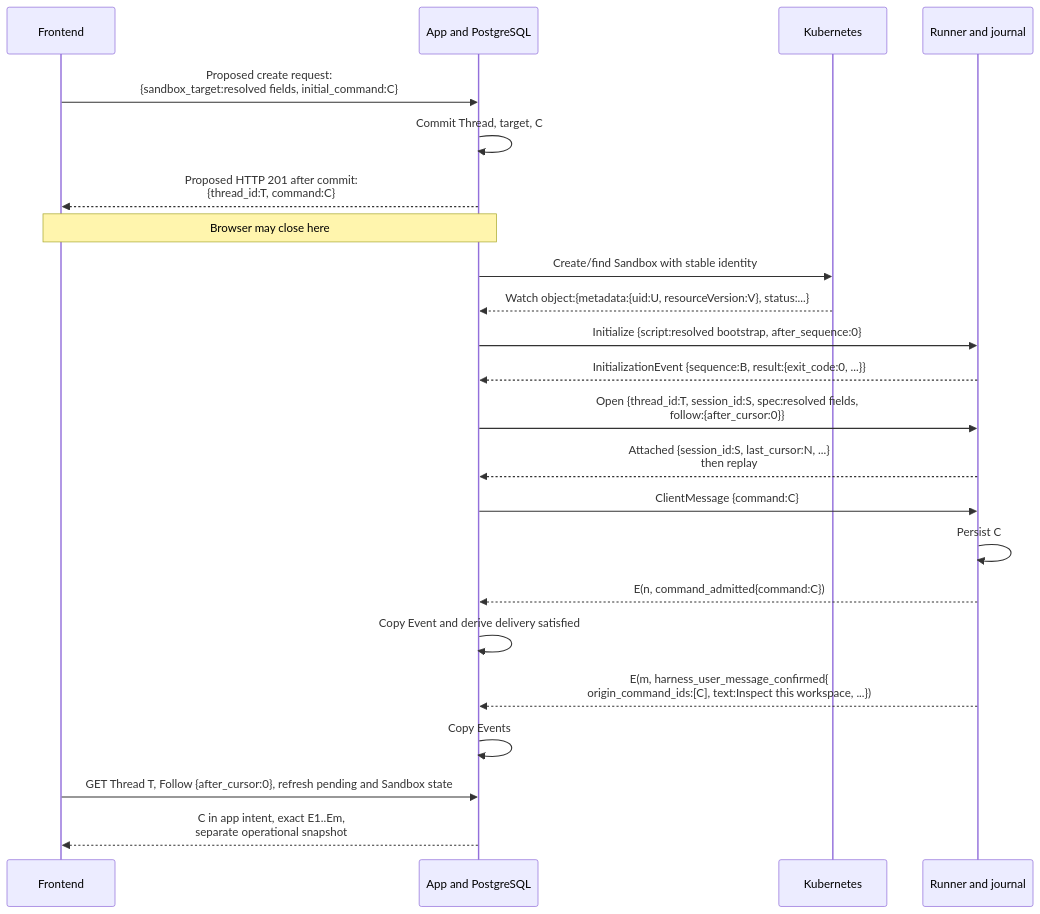
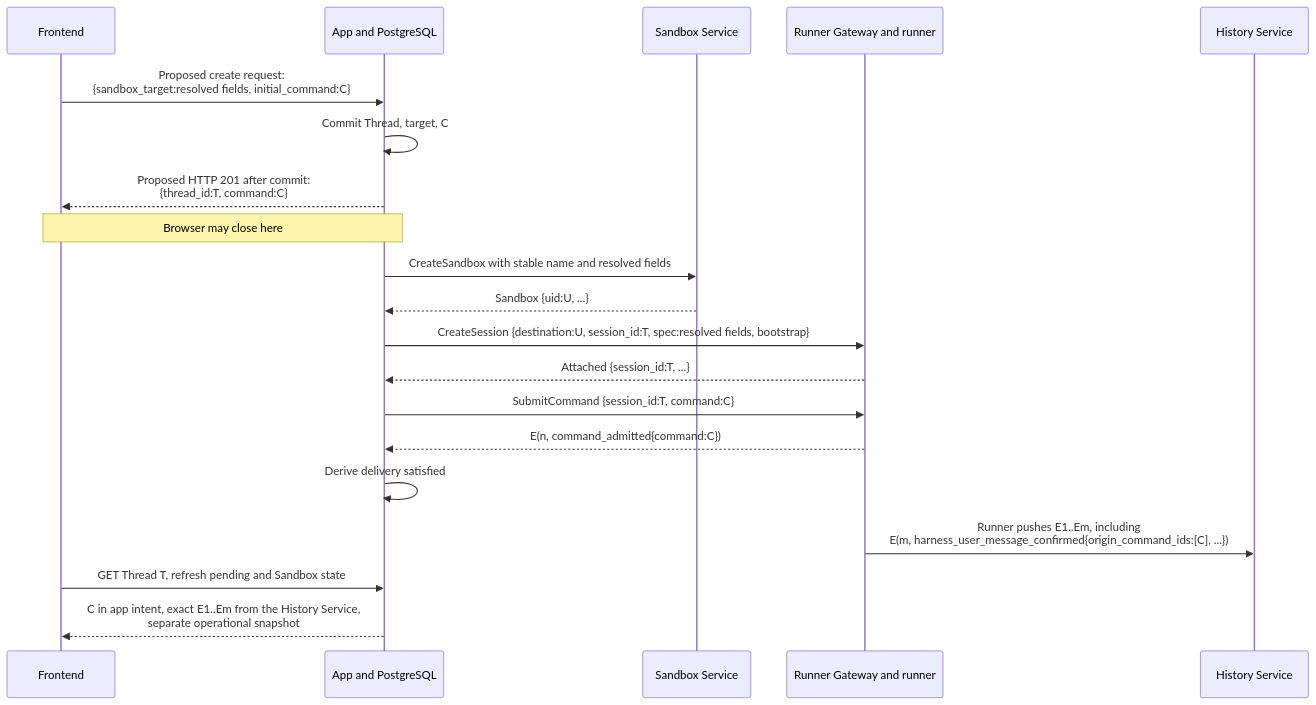
The third of 6 diagrams in agentplane/docs/thread_layering.md (agentydragon-agent/ducktape), drawn with Mermaid before and after one commit. The commit also changed other lines of this file and 19 other files, not shown here.

````diff
--- a/agentplane/docs/thread_layering.md
+++ b/agentplane/docs/thread_layering.md
@@ -347,25 +352,22 @@
 ```mermaid
 sequenceDiagram
     participant F as Frontend
     participant A as App and PostgreSQL
-    participant K as Kubernetes
-    participant R as Runner and journal
+    participant S as Sandbox Service
+    participant G as Runner Gateway and runner
+    participant HS as History Service
     F->>A: Proposed create request:<br/>{sandbox_target:resolved fields, initial_command:C}
     A->>A: Commit Thread, target, C
     A-->>F: Proposed HTTP 201 after commit:<br/>{thread_id:T, command:C}
     Note over F,A: Browser may close here
-    A->>K: Create/find Sandbox with stable identity
-    K-->>A: Watch object:{metadata:{uid:U, resourceVersion:V}, status:...}
-    A->>R: Initialize {script:resolved bootstrap, after_sequence:0}
-    R-->>A: InitializationEvent {sequence:B, result:{exit_code:0, ...}}
-    A->>R: Open {thread_id:T, session_id:S, spec:resolved fields,<br/>follow:{after_cursor:0}}
-    R-->>A: Attached {session_id:S, last_cursor:N, ...}<br/>then replay
-    A->>R: ClientMessage {command:C}
-    R->>R: Persist C
-    R-->>A: E(n, command_admitted{command:C})
-    A->>A: Copy Event and derive delivery satisfied
-    R-->>A: E(m, harness_user_message_confirmed{<br/>origin_command_ids:[C], text:Inspect this workspace, ...})
-    A->>A: Copy Events
-    F->>A: GET Thread T, Follow {after_cursor:0}, refresh pending and Sandbox state
-    A-->>F: C in app intent, exact E1..Em,<br/>separate operational snapshot
+    A->>S: CreateSandbox with stable name and resolved fields
+    S-->>A: Sandbox {uid:U, ...}
+    A->>G: CreateSession {destination:U, session_id:T, spec:resolved fields, bootstrap}
+    G-->>A: Attached {session_id:T, ...}
+    A->>G: SubmitCommand {session_id:T, command:C}
+    G-->>A: E(n, command_admitted{command:C})
+    A->>A: Derive delivery satisfied
+    G->>HS: Runner pushes E1..Em, including<br/>E(m, harness_user_message_confirmed{origin_command_ids:[C], ...})
+    F->>A: GET Thread T, refresh pending and Sandbox state
+    A-->>F: C in app intent, exact E1..Em from the History Service,<br/>separate operational snapshot
 ```
````
